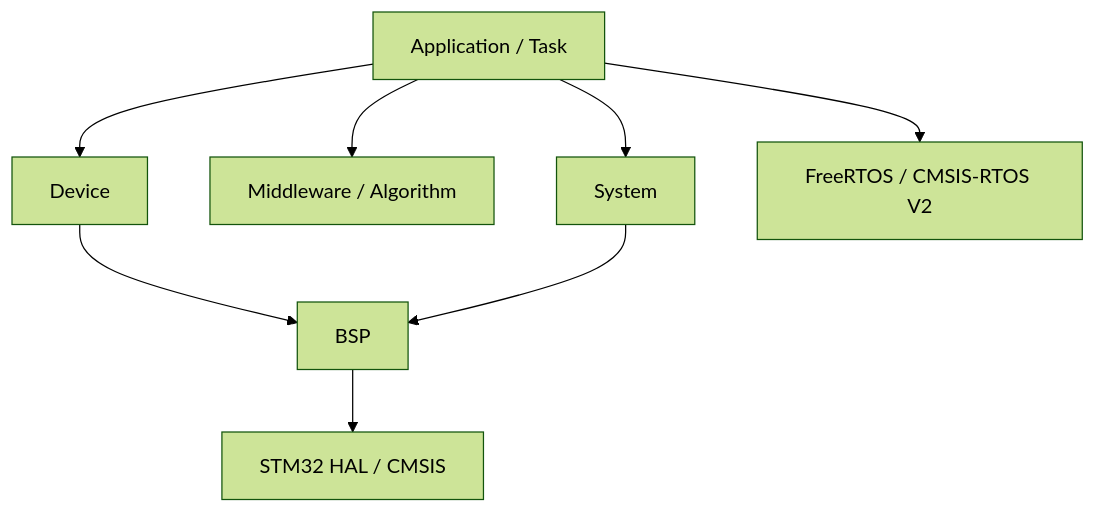
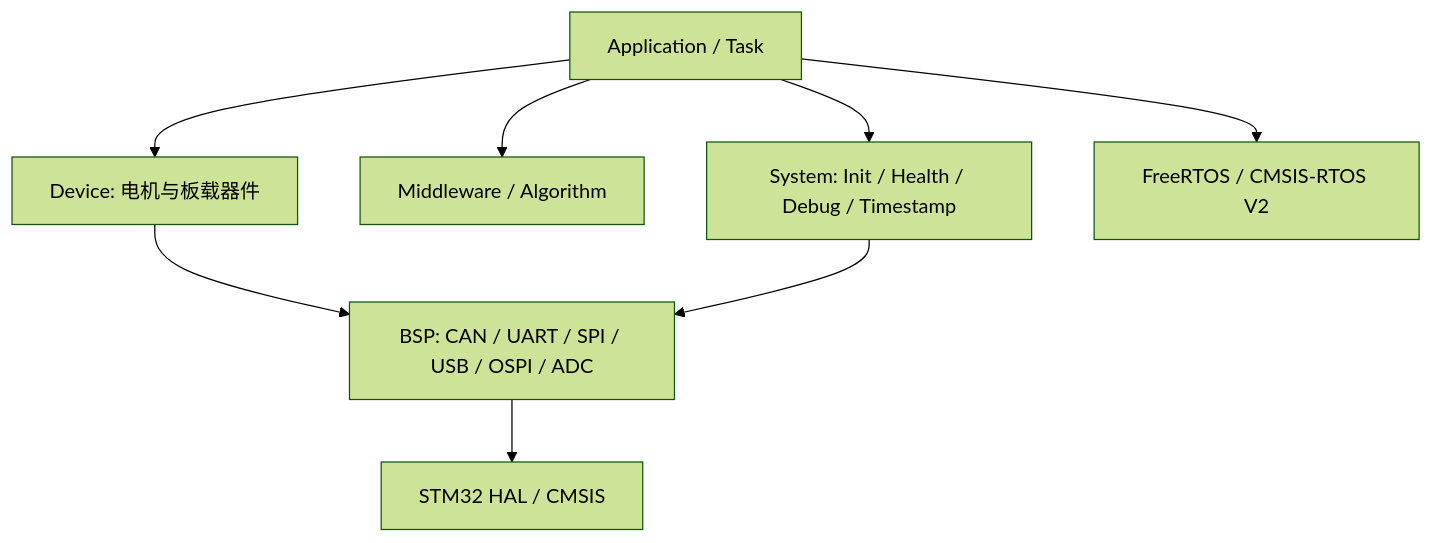
Before and after one commit to MermaidFAR/H7_BSP: the diagram in README.md, drawn with Mermaid (forest theme). The commit also changed other lines of this file and 1 other file, not shown here.

````diff
--- a/README.md
+++ b/README.md
@@ -115,10 +81,10 @@
 ```mermaid
 graph TD
-    App[Application / Task] --> Device[Device]
-    App --> Algorithm[Middleware / Algorithm]
-    App --> System[System]
-    Device --> BSP[BSP]
-    System --> BSP
+    App[Application / Task] --> Device["Device: 电机与板载器件"]
+    App --> Algo[Middleware / Algorithm]
+    App --> Sys["System: Init / Health / Debug / Timestamp"]
+    Device --> BSP["BSP: CAN / UART / SPI / USB / OSPI / ADC"]
+    Sys --> BSP
     BSP --> HAL[STM32 HAL / CMSIS]
     App --> RTOS[FreeRTOS / CMSIS-RTOS V2]
 ```
````
